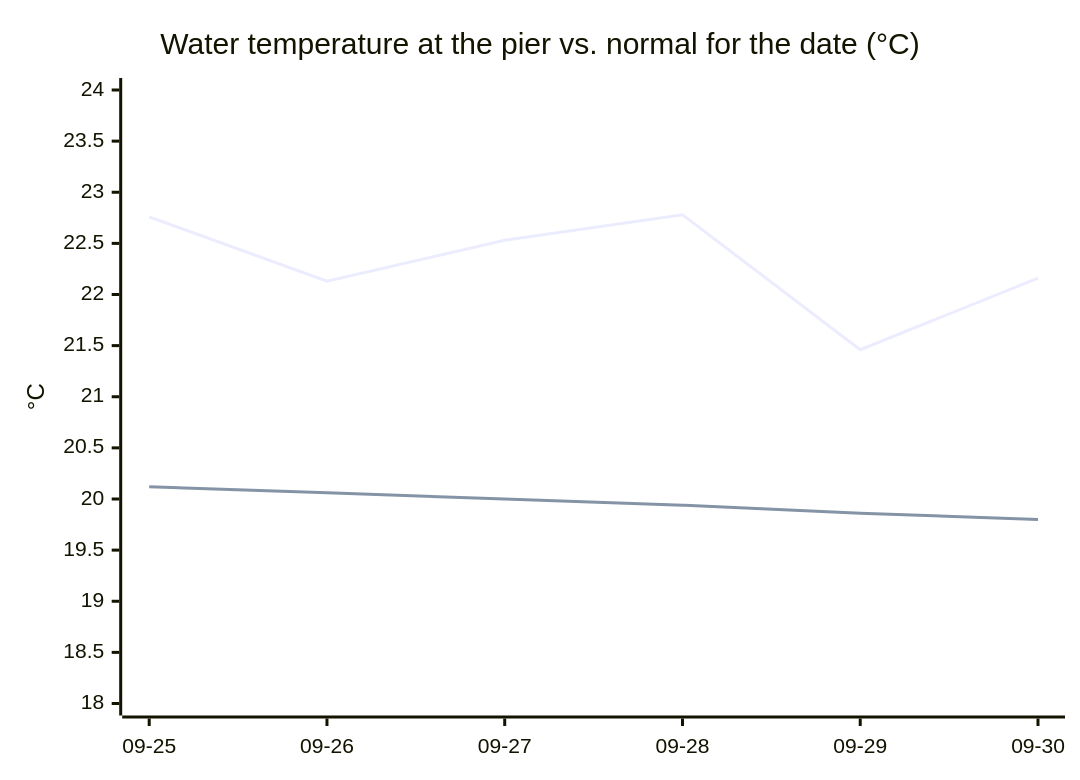
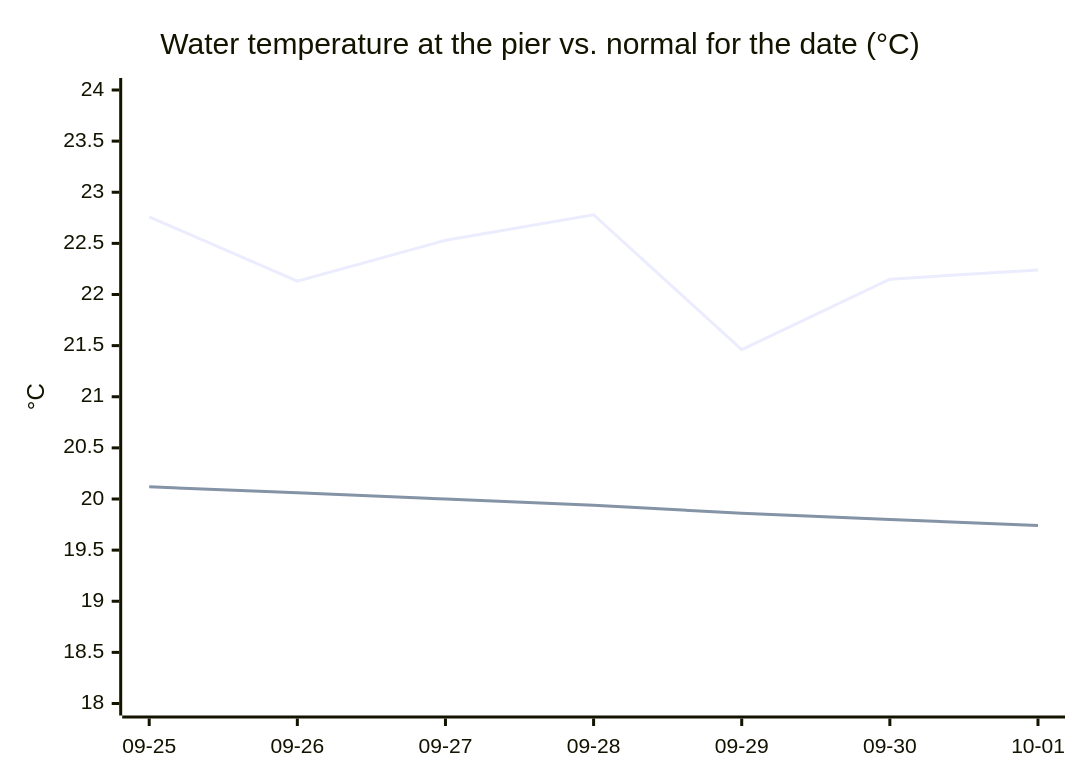
One commit to joshuafrommeyer-35/PierTracker changed the third of 3 diagrams in README.md. Above: the diagram before and after it, drawn with Mermaid. The commit also changed other lines of this file and 7 other files, not shown here.

````diff
--- a/README.md
+++ b/README.md
@@ -154,8 +157,8 @@
 ```mermaid
 xychart-beta
     title "Water temperature at the pier vs. normal for the date (°C)"
-    x-axis ["09-25", "09-26", "09-27", "09-28", "09-29", "09-30"]
+    x-axis ["09-25", "09-26", "09-27", "09-28", "09-29", "09-30", "10-01"]
     y-axis "°C" 18 --> 24
-    line [22.76, 22.13, 22.53, 22.78, 21.46, 22.16]
-    line [20.12, 20.06, 20.0, 19.94, 19.86, 19.8]
+    line [22.76, 22.13, 22.53, 22.78, 21.46, 22.15, 22.24]
+    line [20.12, 20.06, 20.0, 19.94, 19.86, 19.8, 19.74]
 ```
````
